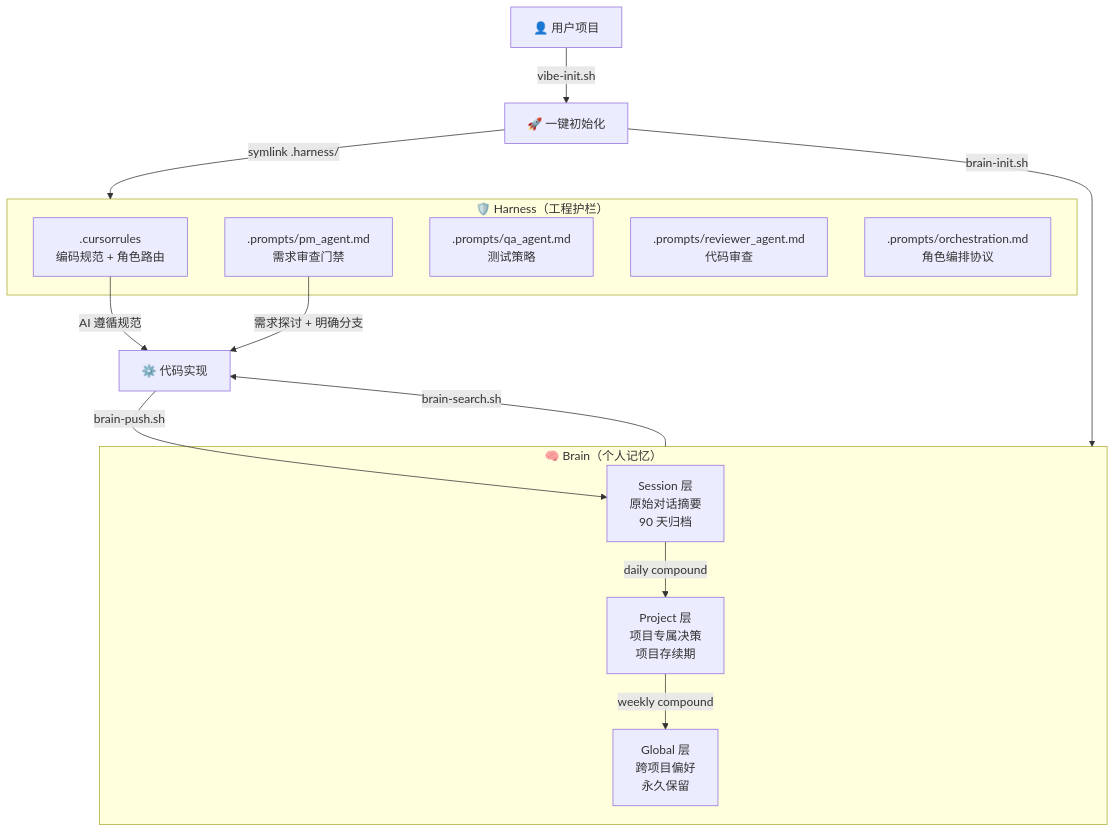
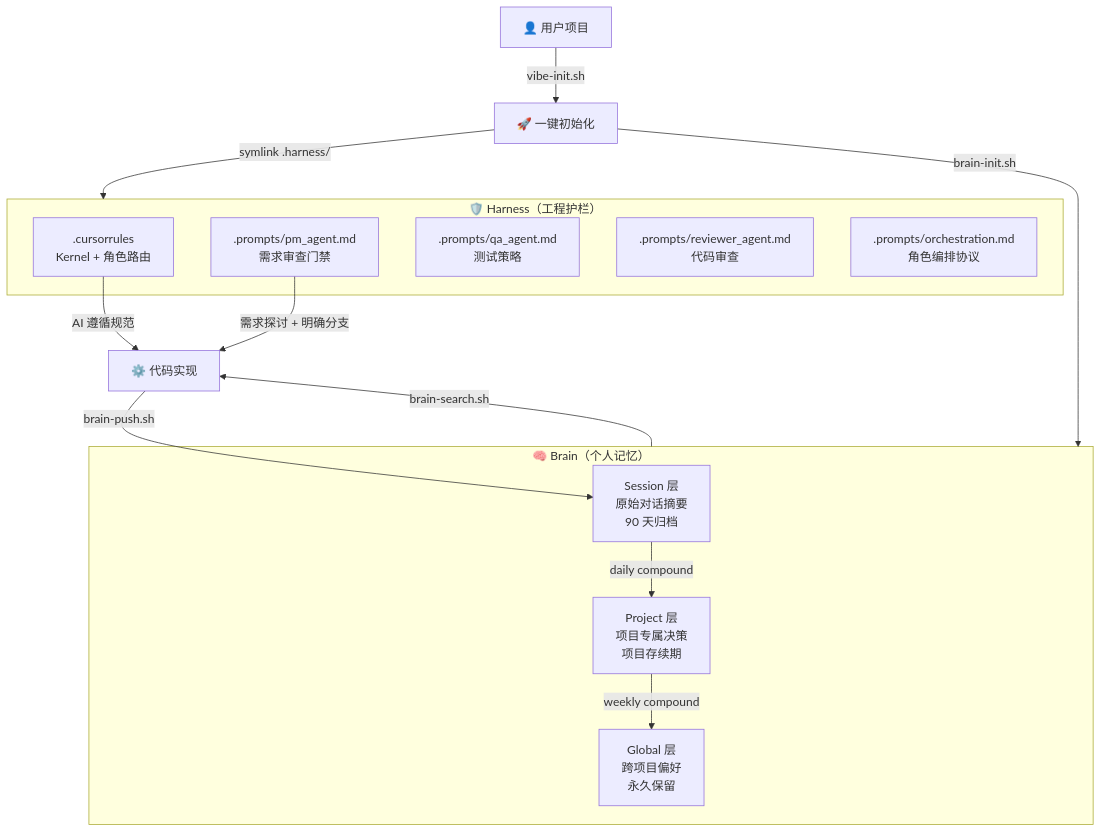
One commit to MickMi/mick_harness_rules changed the diagram in README.md. Above: the diagram before and after it, drawn with Mermaid. The commit also changed other lines of this file and 8 other files, not shown here.

````diff
--- a/README.md
+++ b/README.md
@@ -134,27 +135,27 @@
 ```mermaid
 flowchart TD
     subgraph Harness["🛡️ Harness（工程护栏）"]
-        CR[".cursorrules<br/>编码规范 + 角色路由"]
+        CR[".cursorrules<br/>Kernel + 角色路由"]
         PM[".prompts/pm_agent.md<br/>需求审查门禁"]
         QA[".prompts/qa_agent.md<br/>测试策略"]
         RV[".prompts/reviewer_agent.md<br/>代码审查"]
         OC[".prompts/orchestration.md<br/>角色编排协议"]
     end
 
     subgraph Brain["🧠 Brain（个人记忆）"]
         S["Session 层<br/>原始对话摘要<br/>90 天归档"]
         P["Project 层<br/>项目专属决策<br/>项目存续期"]
         G["Global 层<br/>跨项目偏好<br/>永久保留"]
         S -->|"daily compound"| P
         P -->|"weekly compound"| G
     end
 
     User["👤 用户项目"] -->|"vibe-init.sh"| Init["🚀 一键初始化"]
     Init -->|"symlink .harness/"| Harness
     Init -->|"brain-init.sh"| Brain
 
     CR -->|"AI 遵循规范"| Code["⚙️ 代码实现"]
     PM -->|"需求探讨 + 明确分支"| Code
     Brain -->|"brain-search.sh"| Code
     Code -->|"brain-push.sh"| S
 ```
````
